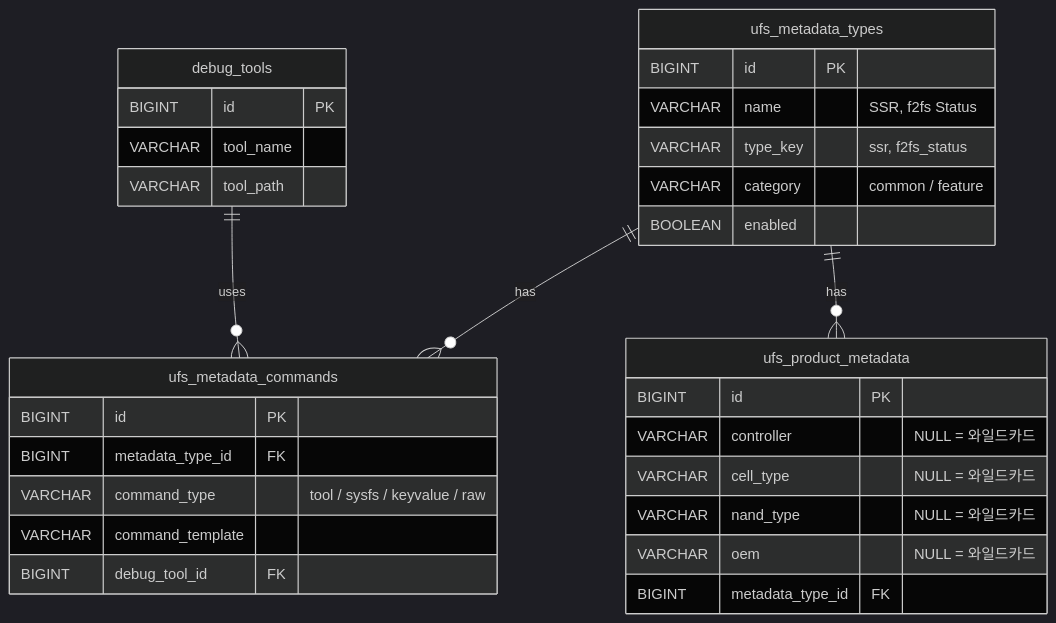
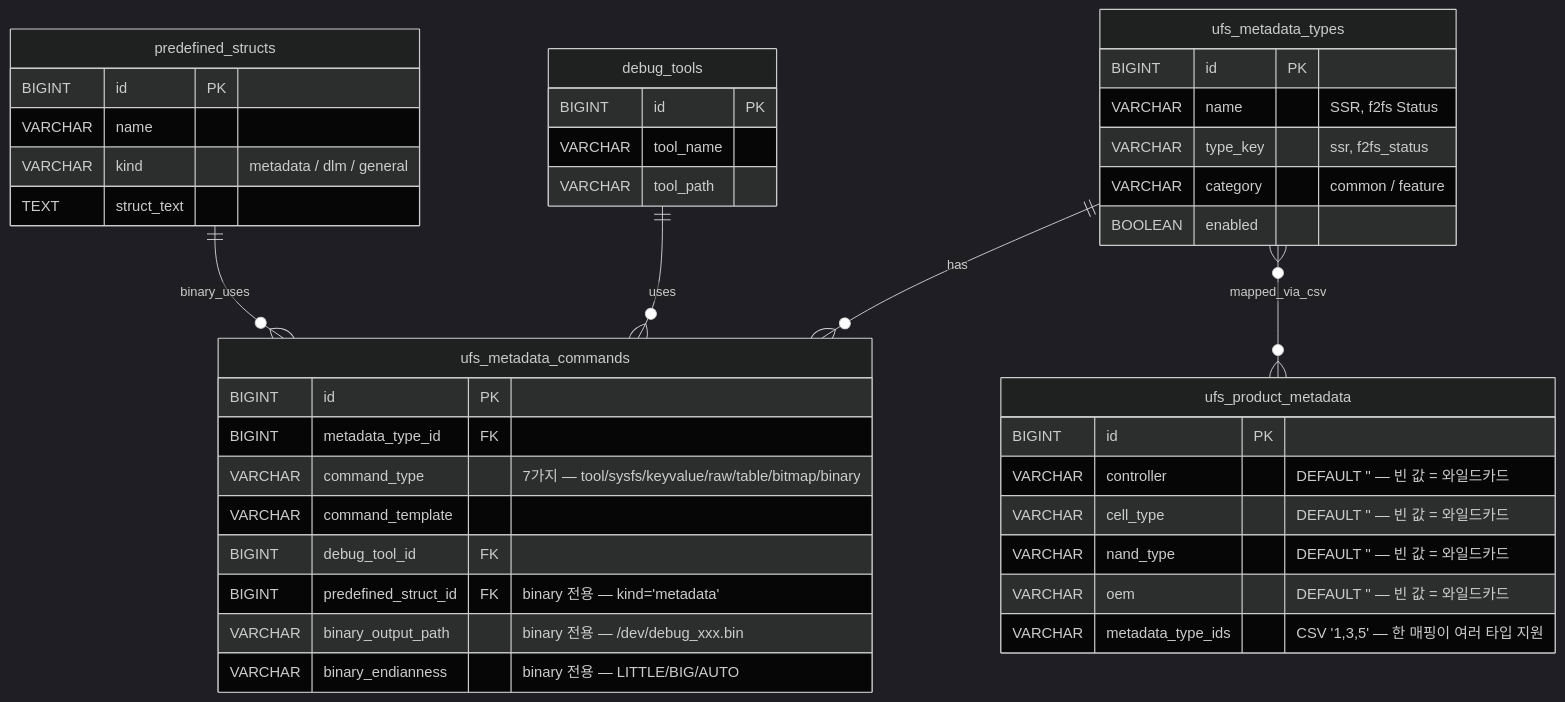
One commit to kakaromo/kakaromo.github.io changed the second of 10 diagrams in src/content/docs/architecture/ufs-metadata.md. Above: the diagram before and after it, drawn with Mermaid (dark theme). The commit also changed other lines of this file and 1 other file, not shown here.

````diff
--- a/src/content/docs/architecture/ufs-metadata.md
+++ b/src/content/docs/architecture/ufs-metadata.md
@@ -54,37 +57,48 @@
 ```mermaid
 erDiagram
     ufs_metadata_types {
         BIGINT id PK
         VARCHAR name "SSR, f2fs Status"
         VARCHAR type_key "ssr, f2fs_status"
         VARCHAR category "common / feature"
         BOOLEAN enabled
     }
 
     ufs_metadata_commands {
         BIGINT id PK
         BIGINT metadata_type_id FK
-        VARCHAR command_type "tool / sysfs / keyvalue / raw"
+        VARCHAR command_type "7가지 — tool/sysfs/keyvalue/raw/table/bitmap/binary"
         VARCHAR command_template
         BIGINT debug_tool_id FK
+        BIGINT predefined_struct_id FK "binary 전용 — kind='metadata'"
+        VARCHAR binary_output_path "binary 전용 — /dev/debug_xxx.bin"
+        VARCHAR binary_endianness "binary 전용 — LITTLE/BIG/AUTO"
     }
 
     ufs_product_metadata {
         BIGINT id PK
-        VARCHAR controller "NULL = 와일드카드"
-        VARCHAR cell_type "NULL = 와일드카드"
-        VARCHAR nand_type "NULL = 와일드카드"
-        VARCHAR oem "NULL = 와일드카드"
-        BIGINT metadata_type_id FK
+        VARCHAR controller "DEFAULT '' — 빈 값 = 와일드카드"
+        VARCHAR cell_type "DEFAULT '' — 빈 값 = 와일드카드"
+        VARCHAR nand_type "DEFAULT '' — 빈 값 = 와일드카드"
+        VARCHAR oem "DEFAULT '' — 빈 값 = 와일드카드"
+        VARCHAR metadata_type_ids "CSV '1,3,5' — 한 매핑이 여러 타입 지원"
     }
 
     debug_tools {
         BIGINT id PK
         VARCHAR tool_name
         VARCHAR tool_path
     }
 
+    predefined_structs {
+        BIGINT id PK
+        VARCHAR name
+        VARCHAR kind "metadata / dlm / general"
+        TEXT struct_text
+    }
+
     ufs_metadata_types ||--o{ ufs_metadata_commands : has
-    ufs_metadata_types ||--o{ ufs_product_metadata : has
+    ufs_metadata_types }o--o{ ufs_product_metadata : mapped_via_csv
     debug_tools ||--o{ ufs_metadata_commands : uses
+    predefined_structs ||--o{ ufs_metadata_commands : binary_uses
 ```
````
